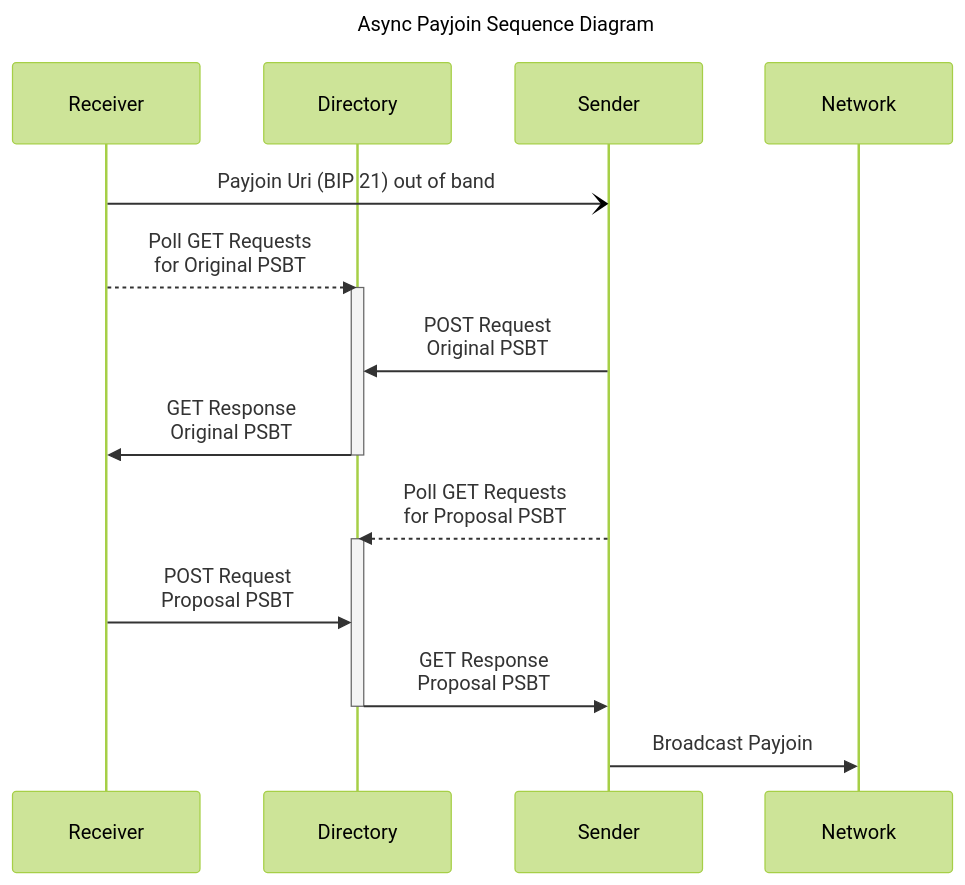
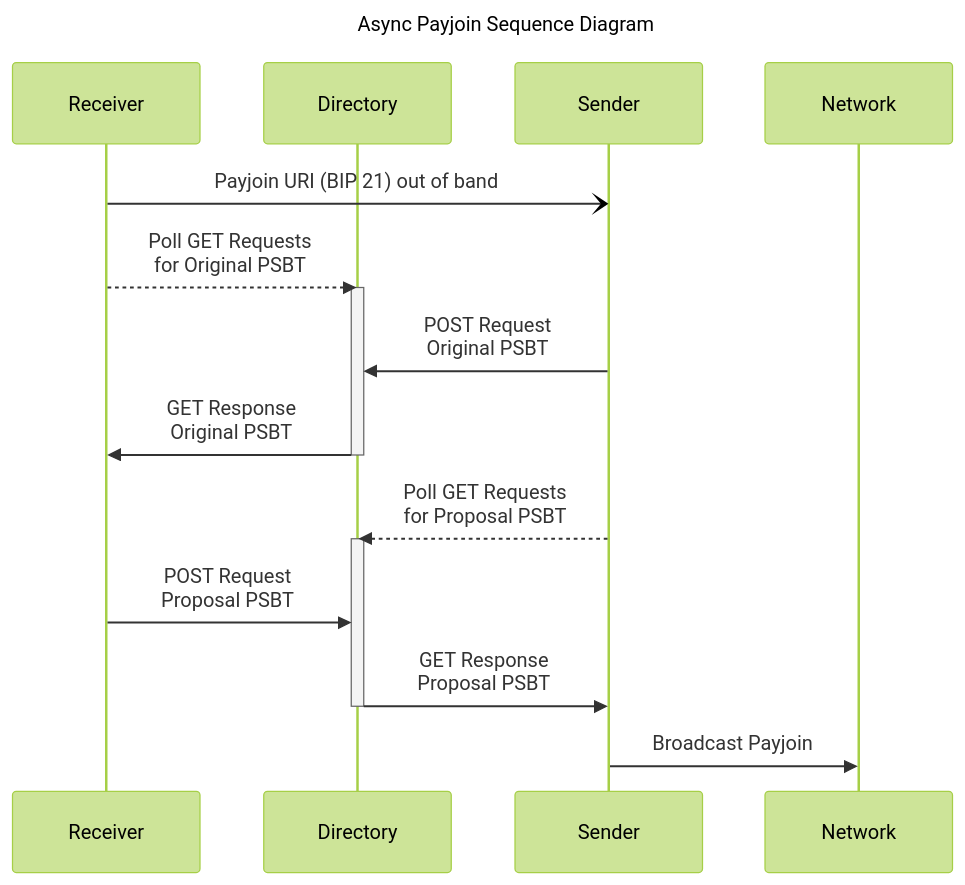
One commit to bitcoin/bips changed the first of 2 diagrams in bip-0077.md. Above: the diagram before and after it, drawn with Mermaid (forest theme).

Commit message:
Capitalize Uri -> URI

````diff
--- a/bip-0077.md
+++ b/bip-0077.md
@@ -113,24 +113,24 @@
 ```mermaid
 sequenceDiagram
     title Async Payjoin Sequence Diagram
     participant R as Receiver
     participant D as Directory
     participant S as Sender
     participant N as Network
 
-    R-)S:  Payjoin Uri (BIP 21) out of band
+    R-)S:  Payjoin URI (BIP 21) out of band
     
     R-->>D: Poll GET Requests<br/>for Original PSBT
     activate D 
     S->>D: POST Request<br/>Original PSBT
     D->>R: GET Response<br/>Original PSBT
     deactivate D
 
     S-->>D: Poll GET Requests<br/>for Proposal PSBT
     activate D
     R->>D: POST Request<br/>Proposal PSBT
     D->>S: GET Response<br/>Proposal PSBT
     deactivate D
 
     S->>N: Broadcast Payjoin
 ```
````
